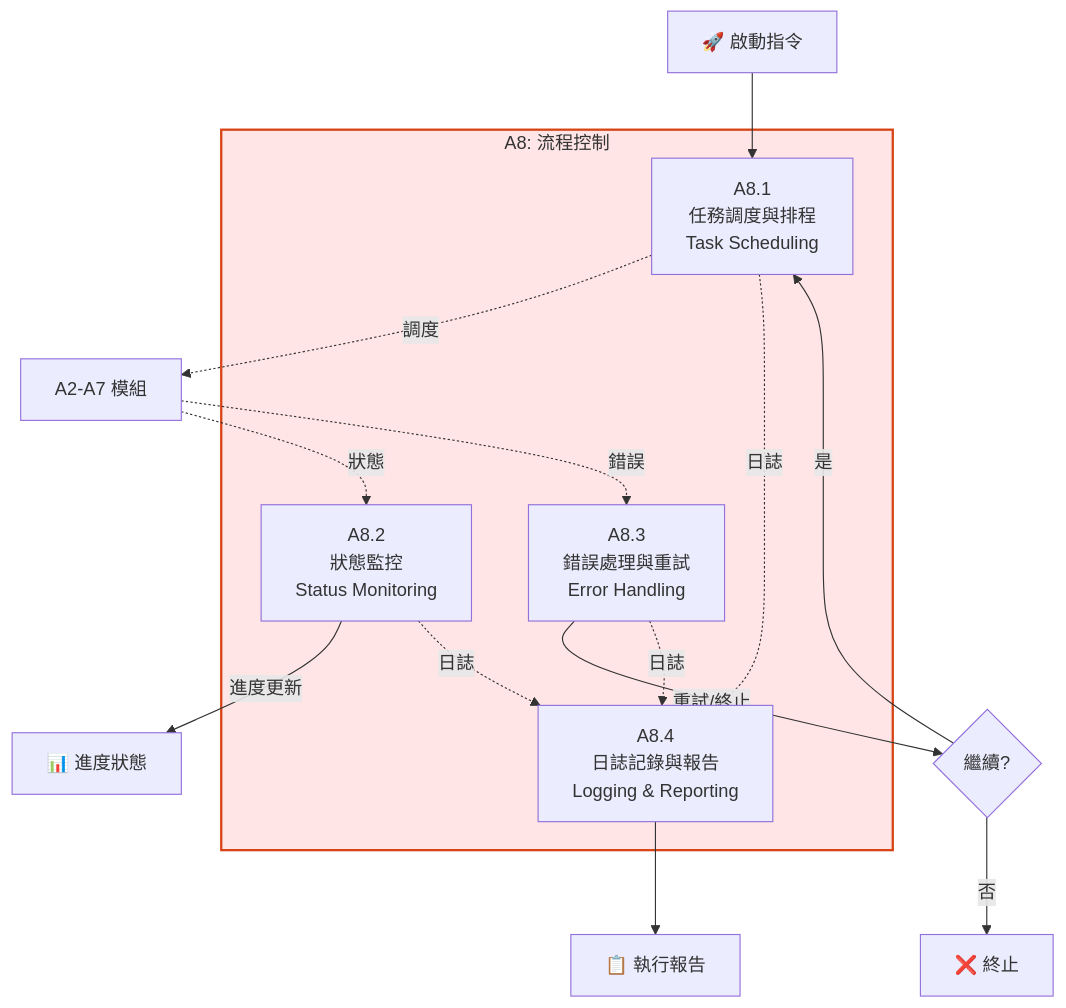
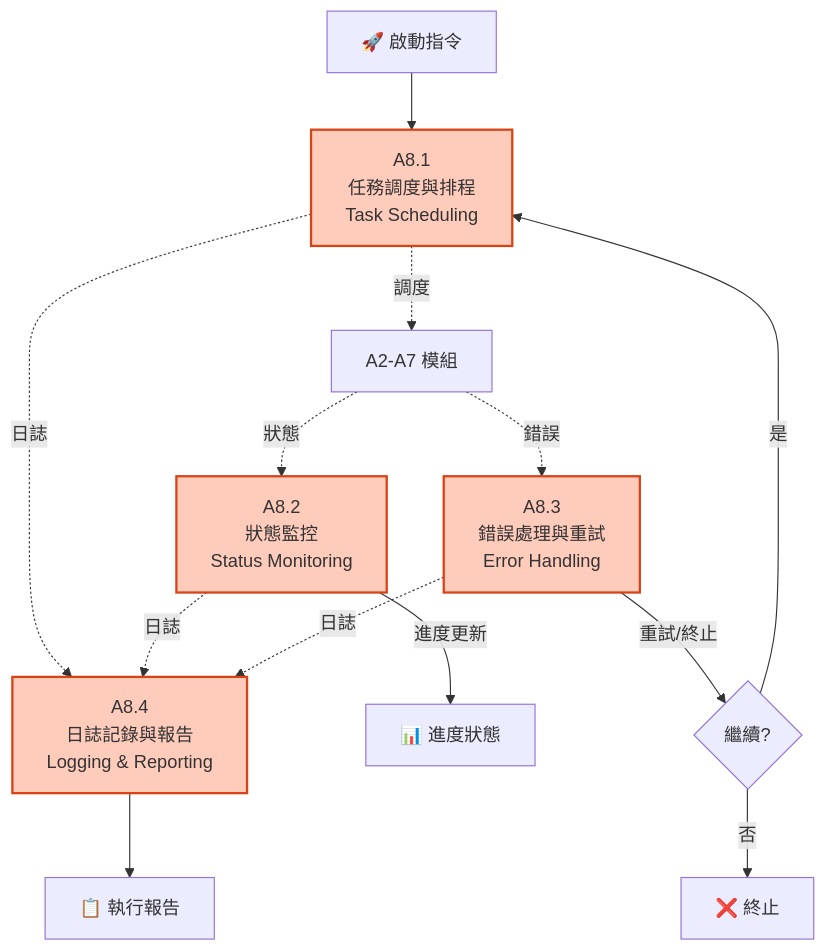
Before and after one commit to Raw1mage/PatentDrafter: the second of 4 diagrams in docs/A8_Workflow_Control_IDEF0.md, drawn with Mermaid. The commit also changed other lines of this file and 13 other files, not shown here.

First line of the commit message:
修復所有 Mermaid 圖表語法問題

````diff
--- a/docs/A8_Workflow_Control_IDEF0.md
+++ b/docs/A8_Workflow_Control_IDEF0.md
@@ -92,28 +80,29 @@
 ```mermaid
-graph TB
-    subgraph A8["A8: 流程控制"]
-        A81["A8.1<br/>任務調度與排程<br/>Task Scheduling"]
-        A82["A8.2<br/>狀態監控<br/>Status Monitoring"]
-        A83["A8.3<br/>錯誤處理與重試<br/>Error Handling"]
-        A84["A8.4<br/>日誌記錄與報告<br/>Logging & Reporting"]
-    end
+flowchart TB
+    A81["A8.1<br/>任務調度與排程<br/>Task Scheduling"]
+    A82["A8.2<br/>狀態監控<br/>Status Monitoring"]
+    A83["A8.3<br/>錯誤處理與重試<br/>Error Handling"]
+    A84["A8.4<br/>日誌記錄與報告<br/>Logging & Reporting"]
 
     Input["🚀 啟動指令"] --> A81
     A81 -.調度.-> Modules["A2-A7 模組"]
 
     Modules -.狀態.-> A82
     A82 -->|進度更新| Progress["📊 進度狀態"]
 
     Modules -.錯誤.-> A83
     A83 -->|重試/終止| Decision{"繼續?"}
 
     A81 -.日誌.-> A84
     A82 -.日誌.-> A84
     A83 -.日誌.-> A84
     A84 --> Report["📋 執行報告"]
 
     Decision -->|是| A81
     Decision -->|否| End["❌ 終止"]
 
-    style A8 fill:#FFE5E5,stroke:#D84315,stroke-width:2px
+    style A81 fill:#FFCCBC,stroke:#D84315,stroke-width:2px
+    style A82 fill:#FFCCBC,stroke:#D84315,stroke-width:2px
+    style A83 fill:#FFCCBC,stroke:#D84315,stroke-width:2px
+    style A84 fill:#FFCCBC,stroke:#D84315,stroke-width:2px
 ```
````
